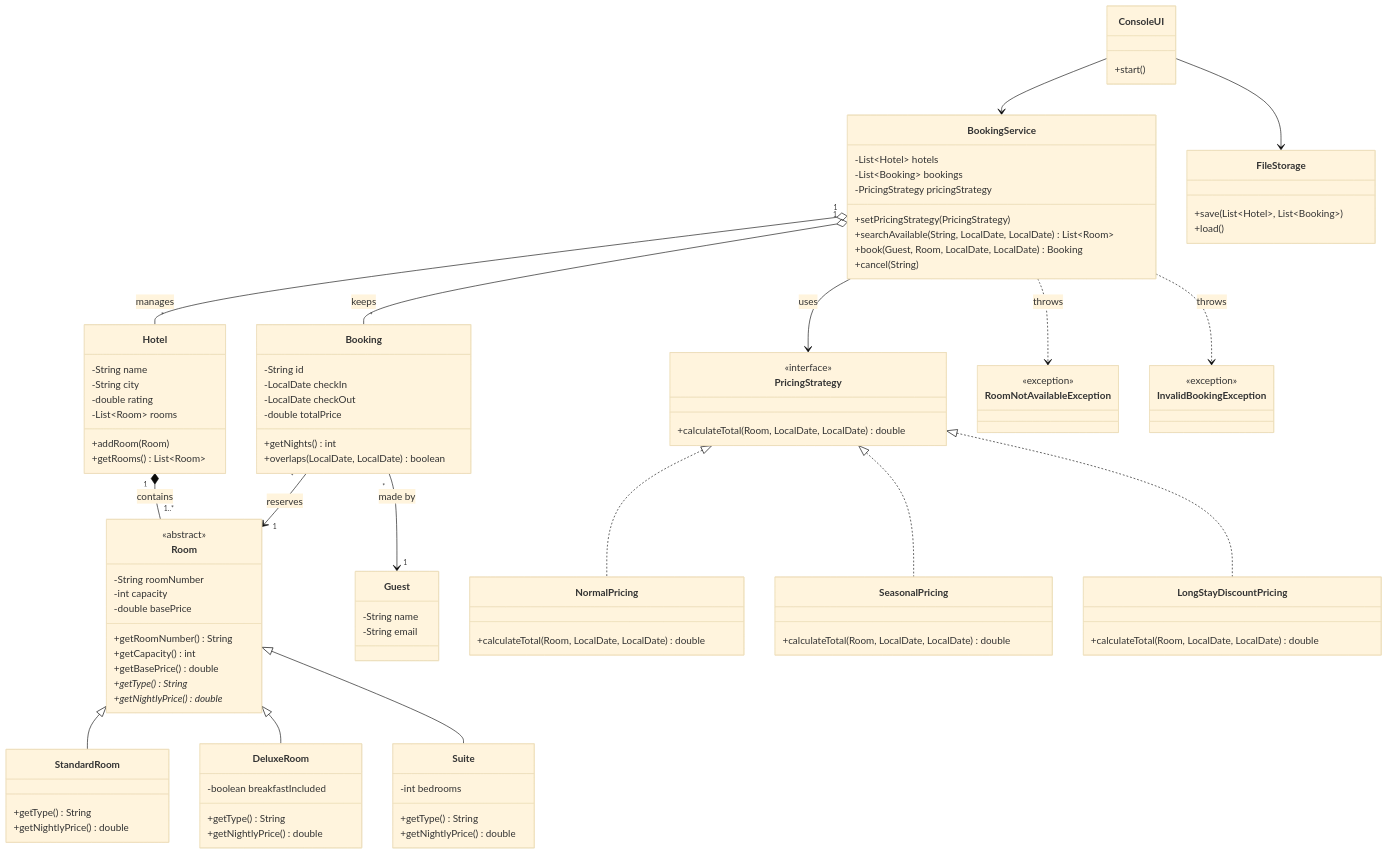
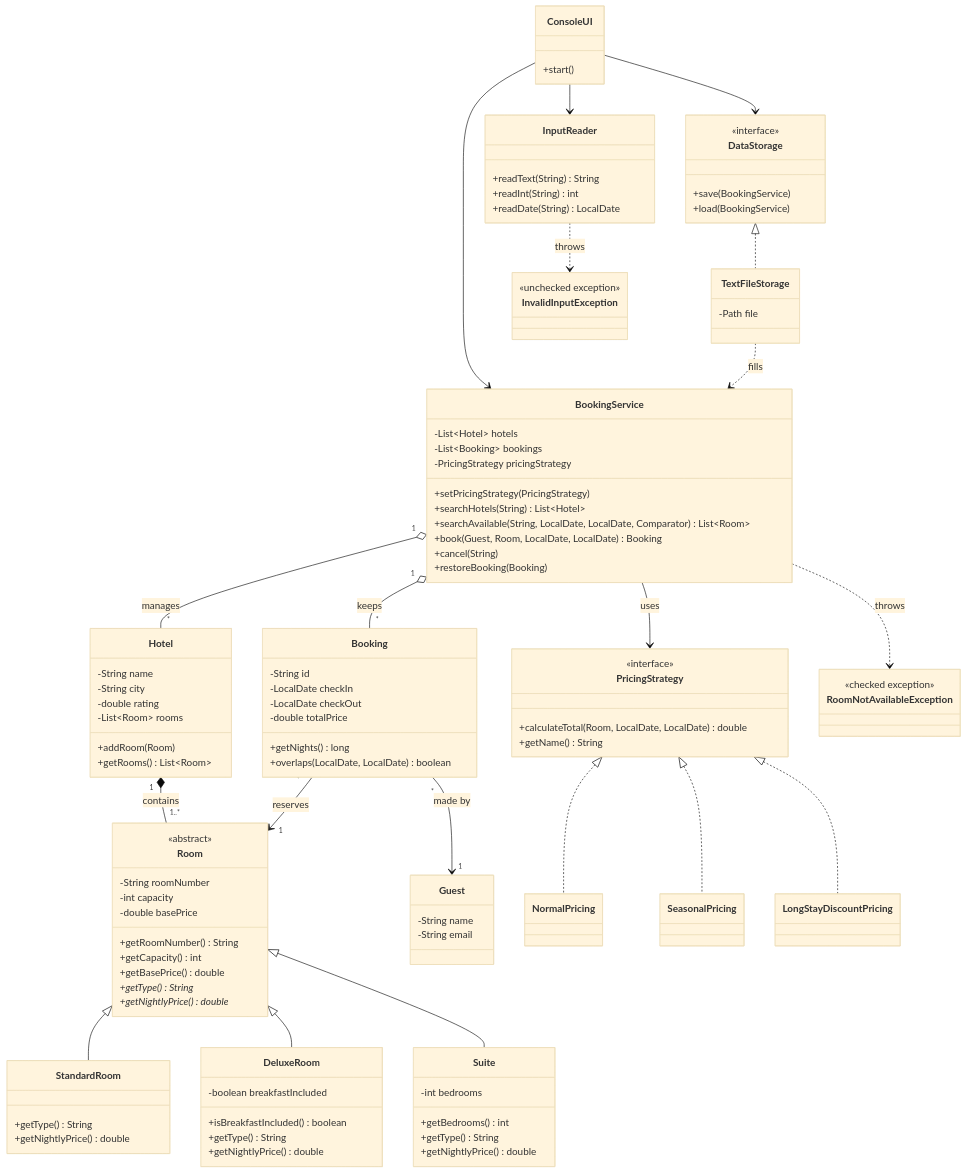
The diagram in docs/uml-class-diagram.md (ositashvilidemetre-boop/hotel-booking-java), drawn with Mermaid (base theme) before and after one commit. The commit also changed 1 other file, not shown here.

Commit message:
Update UML and add README
closes #10

````diff
--- a/docs/uml-class-diagram.md
+++ b/docs/uml-class-diagram.md
@@ -19,11 +19,13 @@
     }
     class DeluxeRoom {
         -boolean breakfastIncluded
+        +isBreakfastIncluded() boolean
         +getType() String
         +getNightlyPrice() double
     }
     class Suite {
         -int bedrooms
+        +getBedrooms() int
         +getType() String
         +getNightlyPrice() double
     }
@@ -44,59 +46,68 @@
         -LocalDate checkIn
         -LocalDate checkOut
         -double totalPrice
-        +getNights() int
+        +getNights() long
         +overlaps(LocalDate, LocalDate) boolean
     }
     class PricingStrategy {
         <<interface>>
         +calculateTotal(Room, LocalDate, LocalDate) double
+        +getName() String
     }
-    class NormalPricing {
-        +calculateTotal(Room, LocalDate, LocalDate) double
-    }
-    class SeasonalPricing {
-        +calculateTotal(Room, LocalDate, LocalDate) double
-    }
-    class LongStayDiscountPricing {
-        +calculateTotal(Room, LocalDate, LocalDate) double
-    }
+    class NormalPricing
+    class SeasonalPricing
+    class LongStayDiscountPricing
     class BookingService {
         -List~Hotel~ hotels
         -List~Booking~ bookings
         -PricingStrategy pricingStrategy
         +setPricingStrategy(PricingStrategy)
-        +searchAvailable(String, LocalDate, LocalDate) List~Room~
+        +searchHotels(String) List~Hotel~
+        +searchAvailable(String, LocalDate, LocalDate, Comparator) List~Room~
         +book(Guest, Room, LocalDate, LocalDate) Booking
         +cancel(String)
+        +restoreBooking(Booking)
     }
-    class FileStorage {
-        +save(List~Hotel~, List~Booking~)
-        +load()
+    class DataStorage {
+        <<interface>>
+        +save(BookingService)
+        +load(BookingService)
+    }
+    class TextFileStorage {
+        -Path file
     }
     class ConsoleUI {
         +start()
     }
+    class InputReader {
+        +readText(String) String
+        +readInt(String) int
+        +readDate(String) LocalDate
+    }
     class RoomNotAvailableException {
-        <<exception>>
-    }
-    class InvalidBookingException {
-        <<exception>>
-    }
+<<checked exception>>
+}
+class InvalidInputException {
+<<unchecked exception>>
+}
 
-    Room <|-- StandardRoom
-    Room <|-- DeluxeRoom
-    Room <|-- Suite
-    PricingStrategy <|.. NormalPricing
-    PricingStrategy <|.. SeasonalPricing
-    PricingStrategy <|.. LongStayDiscountPricing
-    Hotel "1" *-- "1..*" Room : contains
-    Booking "*" --> "1" Guest : made by
-    Booking "*" --> "1" Room : reserves
-    BookingService "1" o-- "*" Hotel : manages
-    BookingService "1" o-- "*" Booking : keeps
-    BookingService --> PricingStrategy : uses
-    BookingService ..> RoomNotAvailableException : throws
-    BookingService ..> InvalidBookingException : throws
-    ConsoleUI --> BookingService
-    ConsoleUI --> FileStorage
+Room <|-- StandardRoom
+Room <|-- DeluxeRoom
+Room <|-- Suite
+PricingStrategy <|.. NormalPricing
+PricingStrategy <|.. SeasonalPricing
+PricingStrategy <|.. LongStayDiscountPricing
+DataStorage <|.. TextFileStorage
+Hotel "1" *-- "1..*" Room : contains
+Booking "*" --> "1" Guest : made by
+Booking "*" --> "1" Room : reserves
+BookingService "1" o-- "*" Hotel : manages
+BookingService "1" o-- "*" Booking : keeps
+BookingService --> PricingStrategy : uses
+BookingService ..> RoomNotAvailableException : throws
+ConsoleUI --> BookingService
+ConsoleUI --> DataStorage
+ConsoleUI --> InputReader
+InputReader ..> InvalidInputException : throws
+TextFileStorage ..> BookingService : fills
 ```
````
